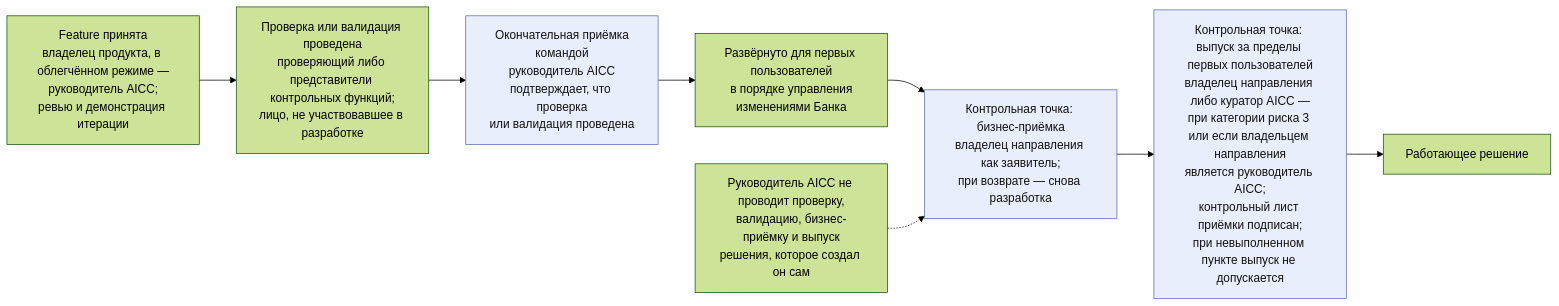
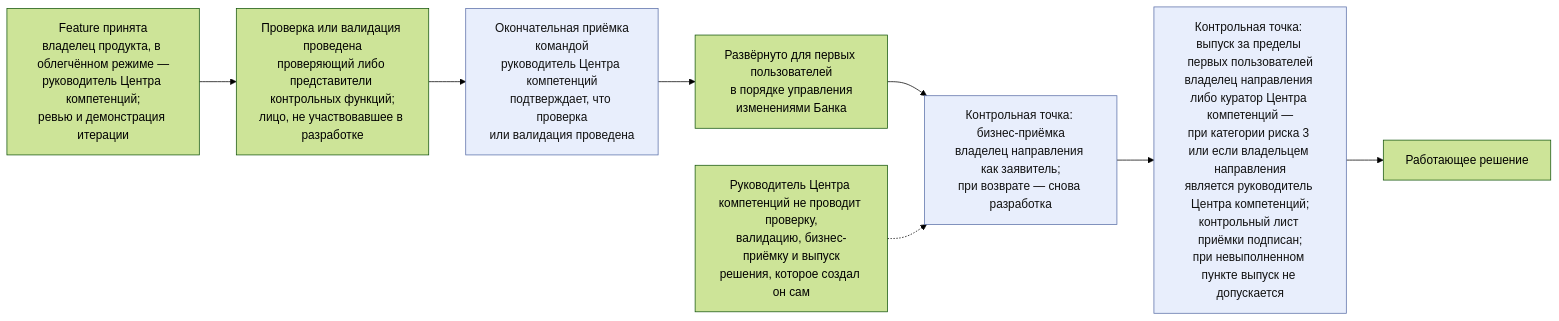
The fifth of 5 diagrams in charter/ru/guides/service-delivery-guide.md (devhogu/ob-aicc), drawn with Mermaid (forest theme) before and after one commit. The commit also changed other lines of this file and 1149 other files, not shown here.

````diff
--- a/charter/ru/guides/service-delivery-guide.md
+++ b/charter/ru/guides/service-delivery-guide.md
@@ -115,12 +115,12 @@
 ```mermaid
 flowchart LR
-  FA["Feature принята<br/>владелец продукта, в облегчённом режиме —<br/>руководитель AICC;<br/>ревью и демонстрация итерации"] --> CV["Проверка или валидация проведена<br/>проверяющий либо представители контрольных функций;<br/>лицо, не участвовавшее в разработке"]
-  CV --> TF["Окончательная приёмка<br/>командой<br/>руководитель AICC<br/>подтверждает, что проверка<br/>или валидация проведена"]
+  FA["Feature принята<br/>владелец продукта, в облегчённом режиме —<br/>руководитель Центра компетенций;<br/>ревью и демонстрация итерации"] --> CV["Проверка или валидация проведена<br/>проверяющий либо представители контрольных функций;<br/>лицо, не участвовавшее в разработке"]
+  CV --> TF["Окончательная приёмка<br/>командой<br/>руководитель Центра компетенций<br/>подтверждает, что проверка<br/>или валидация проведена"]
   TF --> DP["Развёрнуто для первых пользователей<br/>в порядке управления<br/>изменениями Банка"]
   DP --> BA["Контрольная точка: бизнес-приёмка<br/>владелец направления как заявитель;<br/>при возврате — снова разработка"]
-  BA --> RL["Контрольная точка: выпуск за пределы первых пользователей<br/>владелец направления либо куратор AICC —<br/>при категории риска 3 или если владельцем направления<br/>является руководитель AICC;<br/>контрольный лист приёмки подписан;<br/>при невыполненном пункте выпуск не допускается"]
+  BA --> RL["Контрольная точка: выпуск за пределы первых пользователей<br/>владелец направления либо куратор Центра компетенций —<br/>при категории риска 3 или если владельцем направления<br/>является руководитель Центра компетенций;<br/>контрольный лист приёмки подписан;<br/>при невыполненном пункте выпуск не допускается"]
   RL --> LV["Работающее решение"]
-  NT["Руководитель AICC не проводит проверку,<br/>валидацию, бизнес-приёмку и выпуск<br/>решения, которое создал он сам"] -.-> BA
+  NT["Руководитель Центра компетенций не проводит проверку,<br/>валидацию, бизнес-приёмку и выпуск<br/>решения, которое создал он сам"] -.-> BA
   classDef gate fill:#e8eefc,stroke:#5a6fa8,color:#111
   class TF,BA,RL gate
 ```
````
